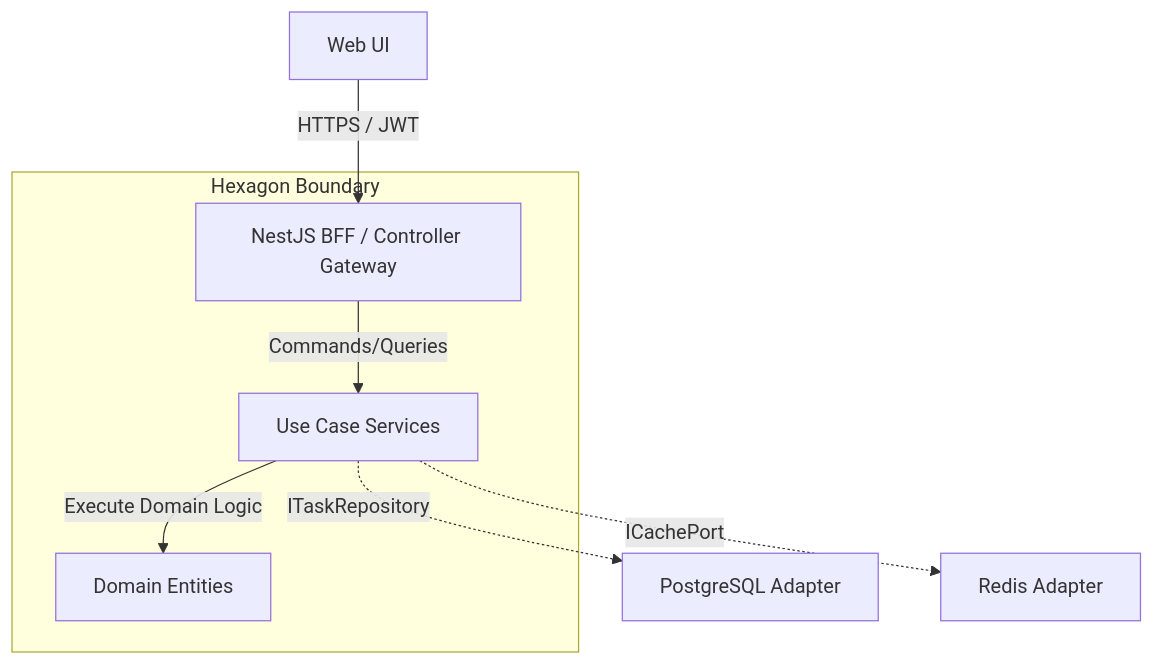
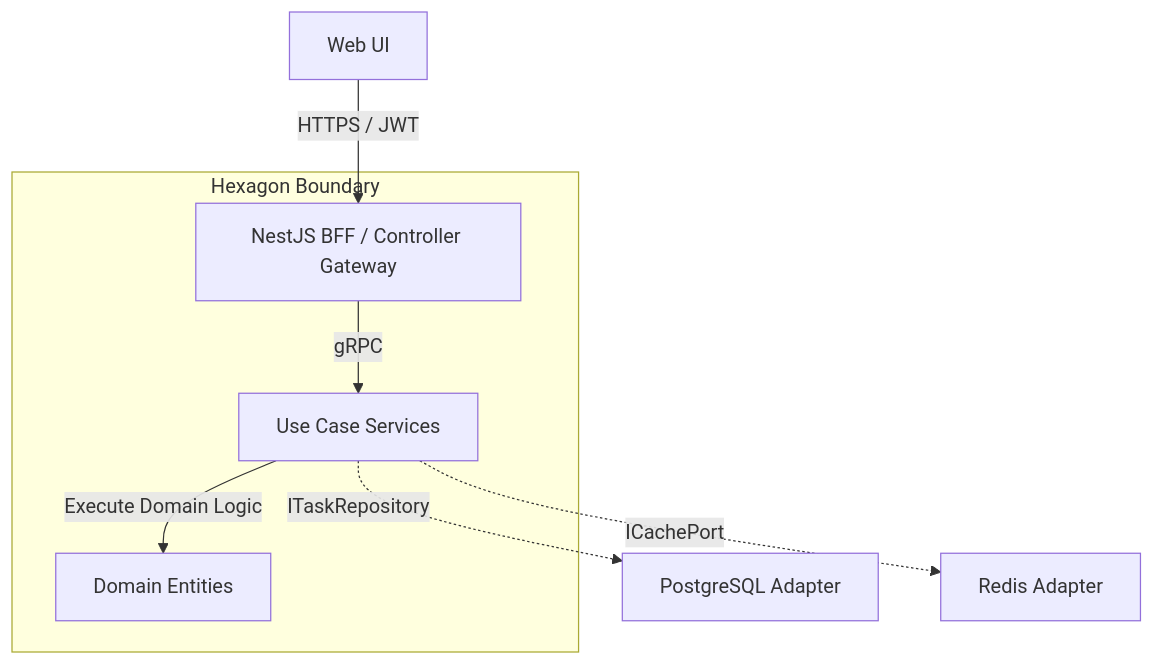
Before and after one commit to beyondnetcode/arc32_nodejs_progresive_monolith: the second of 2 diagrams in arc-nodejs-workspace/docs/04-artifacts/bmad-master-audit-alignment-report.md, drawn with Mermaid. The commit also changed 1 other file, not shown here.

Commit message:
docs(diag): re-verify and synchronize all technical building block diagrams with current protocol matrix rules

````diff
--- a/arc-nodejs-workspace/docs/04-artifacts/bmad-master-audit-alignment-report.md
+++ b/arc-nodejs-workspace/docs/04-artifacts/bmad-master-audit-alignment-report.md
@@ -44,12 +44,12 @@
 ```mermaid
 graph TD
     Client["Web UI"] -->|HTTPS / JWT| BFF["NestJS BFF / Controller Gateway"]
     
     subgraph CoreApp ["Hexagon Boundary"]
-        BFF -->|Commands/Queries| Application["Use Case Services"]
+        BFF -->|gRPC| Application["Use Case Services"]
         Application -->|Execute Domain Logic| Domain["Domain Entities"]
     end
 
     Application -.->|ITaskRepository| Persistence["PostgreSQL Adapter"]
     Application -.->|ICachePort| Redis["Redis Adapter"]
 ```
````
